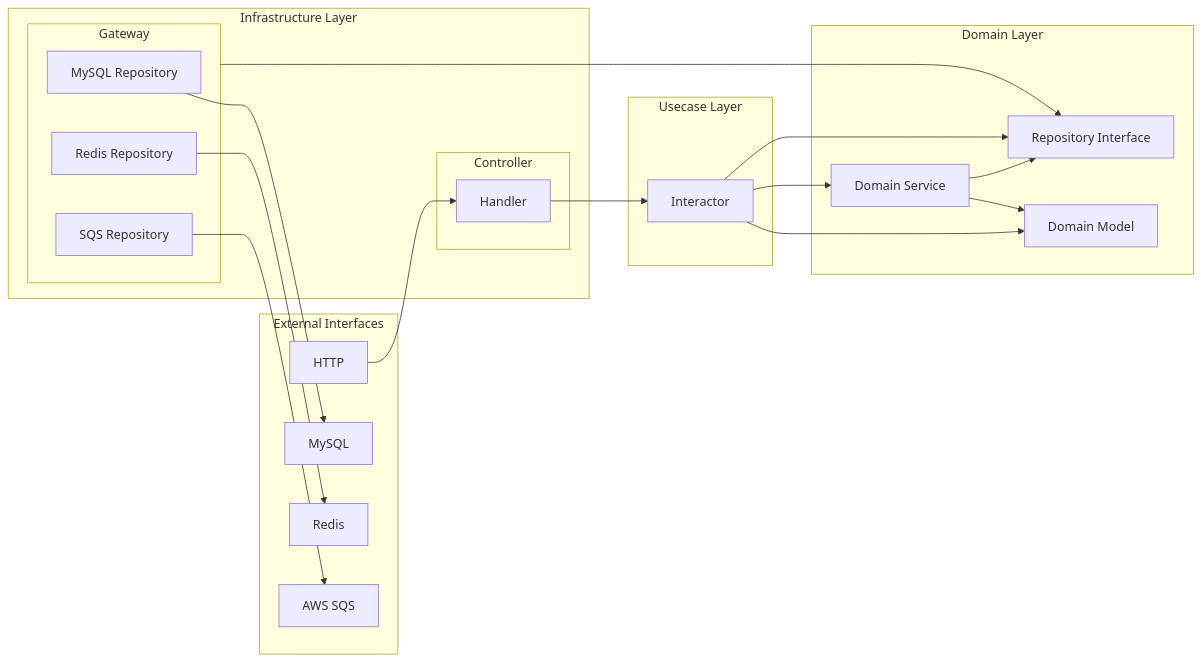
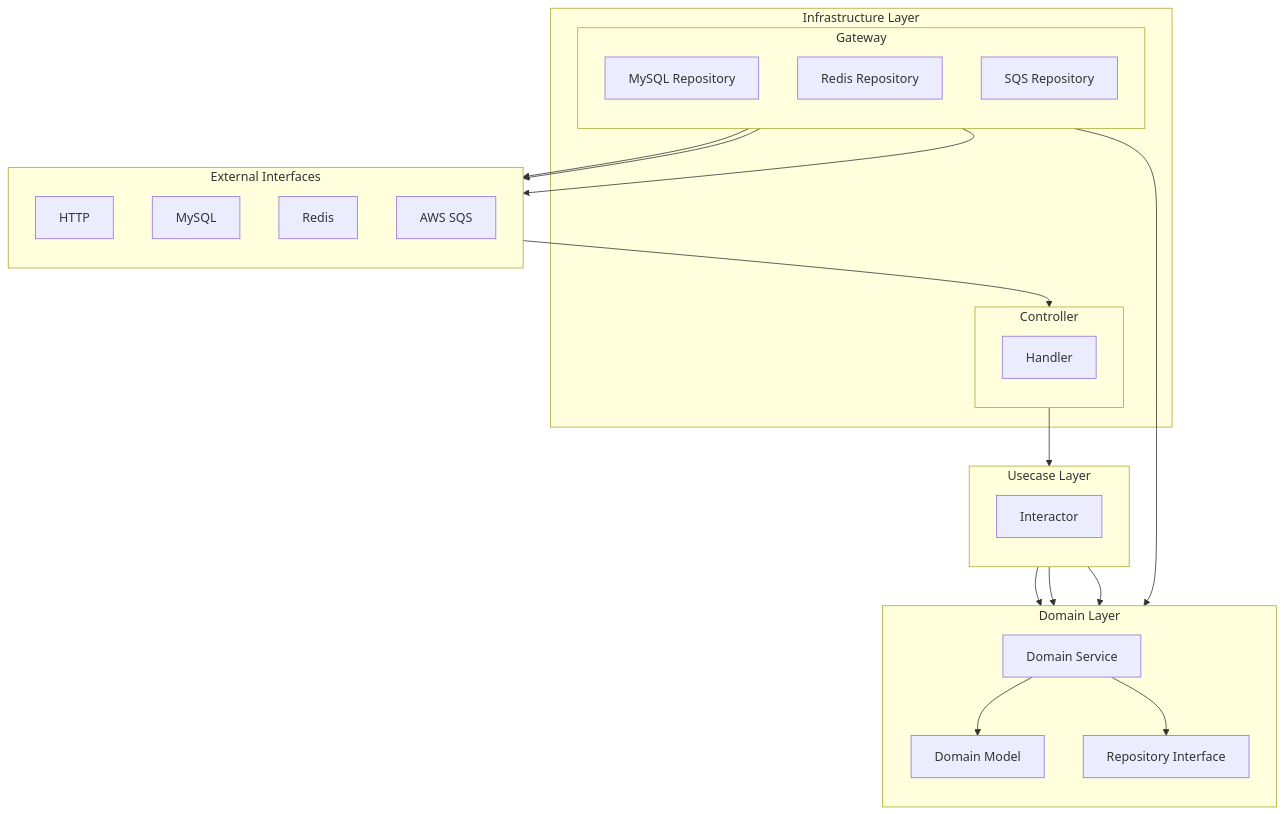
One commit to MoneyForest/go-clean-architecture-boilerplate changed the diagram in README.md. Above: the diagram before and after it, drawn with Mermaid.

````diff
--- a/README.md
+++ b/README.md
@@ -12,55 +12,60 @@
 ```mermaid
 %%{init: {"flowchart": {"htmlLabels": true}} }%%
-graph LR
+graph TD
     subgraph External["External Interfaces"]
+        direction TB
         HTTP["HTTP"]
         DB["MySQL"]
         CACHE["Redis"]
         SQS["AWS SQS"]
     end
 
     subgraph Infrastructure["Infrastructure Layer"]
         subgraph Controller["Controller"]
+            direction TB
             H["Handler"]
         end
         subgraph Gateway["Gateway"]
+            direction TB
             MR["MySQL Repository"]
             RR["Redis Repository"]
             SR["SQS Repository"]
         end
     end
 
     subgraph Usecase["Usecase Layer"]
+        direction TB
         I["Interactor"]
     end
 
     subgraph Domain["Domain Layer"]
+        direction TB
         DM["Domain Model"]
         DS["Domain Service"]
         RI["Repository Interface"]
     end
 
     %% External → Infrastructure
     HTTP --> H
     MR --> DB
     RR --> CACHE
     SR --> SQS
 
     %% Controller → Usecase
     H --> I
 
     %% Usecase → Domain
     I --> DM
     I --> DS
     I --> RI
     DS --> DM
     DS --> RI
 
     %% Repository Implementations
     Gateway --> RI
 
     classDef domain fill:#e8372c,stroke:#333,stroke-width:2px,color:#fff
     classDef usecase fill:#f58634,stroke:#333,stroke-width:2px,color:#fff
     classDef infra fill:#58aa46,stroke:#333,stroke-width:2px,color:#fff
     classDef external fill:#2c4a9b,stroke:#333,stroke-width:2px,color:#fff
 ```
````
